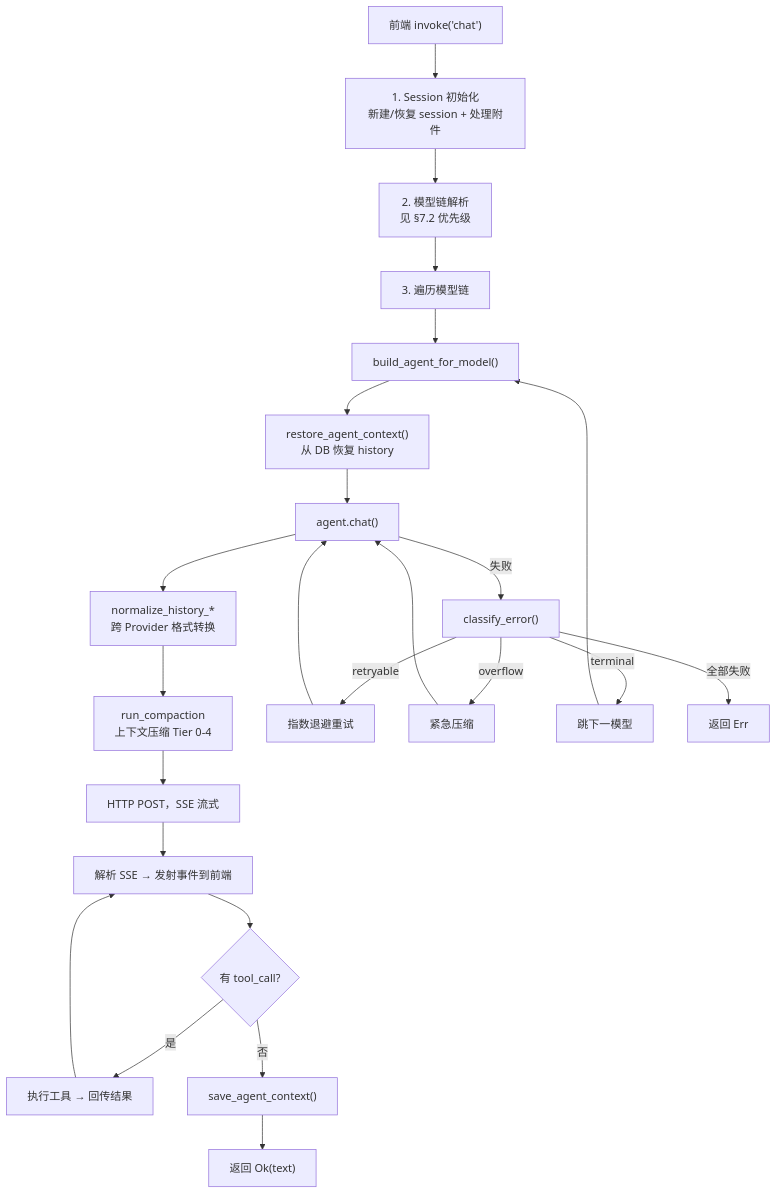
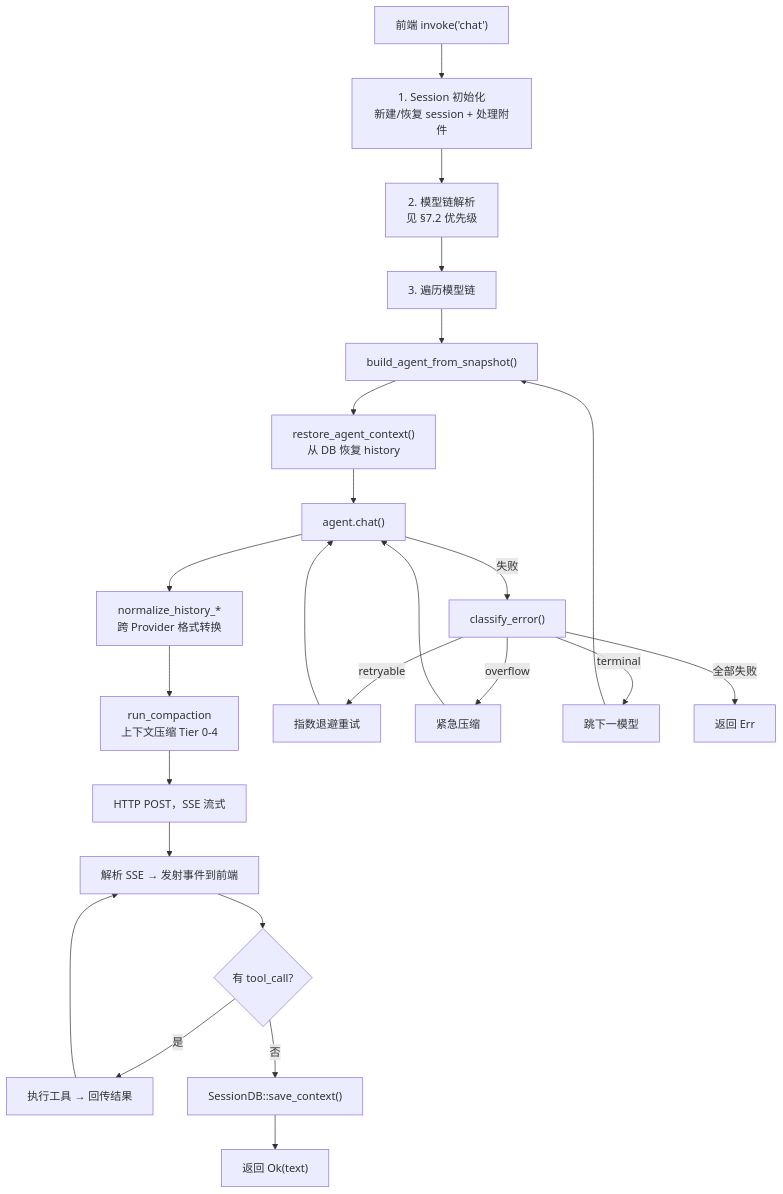
Before and after one commit to shiwenwen/hope-agent: the fourth of 16 diagrams in docs/architecture/provider-system.md, drawn with Mermaid. The commit also changed other lines of this file and 2 other files, not shown here.

````diff
--- a/docs/architecture/provider-system.md
+++ b/docs/architecture/provider-system.md
@@ -222,25 +220,25 @@
 ```mermaid
 flowchart TD
   FE["前端 invoke('chat')"] --> INIT["1. Session 初始化<br/>新建/恢复 session + 处理附件"]
   INIT --> CHAIN["2. 模型链解析<br/>见 §7.2 优先级"]
   CHAIN --> LOOP["3. 遍历模型链"]
 
-  LOOP --> BUILD["build_agent_for_model()"]
+  LOOP --> BUILD["build_agent_from_snapshot()"]
   BUILD --> RESTORE["restore_agent_context()<br/>从 DB 恢复 history"]
   RESTORE --> CHAT["agent.chat()"]
 
   CHAT --> NORM["normalize_history_*<br/>跨 Provider 格式转换"]
   NORM --> COMPACT["run_compaction<br/>上下文压缩 Tier 0-4"]
   COMPACT --> API["HTTP POST，SSE 流式"]
   API --> PARSE["解析 SSE → 发射事件到前端"]
   PARSE --> TOOL{"有 tool_call?"}
   TOOL -->|是| EXEC["执行工具 → 回传结果"] --> PARSE
-  TOOL -->|否| SAVE["save_agent_context()"]
+  TOOL -->|否| SAVE["SessionDB::save_context()"]
   SAVE --> OK["返回 Ok(text)"]
 
   CHAT -->|失败| CLASSIFY["classify_error()"]
   CLASSIFY -->|retryable| RETRY["指数退避重试"] --> CHAT
   CLASSIFY -->|overflow| EMERGENCY["紧急压缩"] --> CHAT
   CLASSIFY -->|terminal| NEXT["跳下一模型"] --> BUILD
   CLASSIFY -->|全部失败| ERR["返回 Err"]
 ```
````
